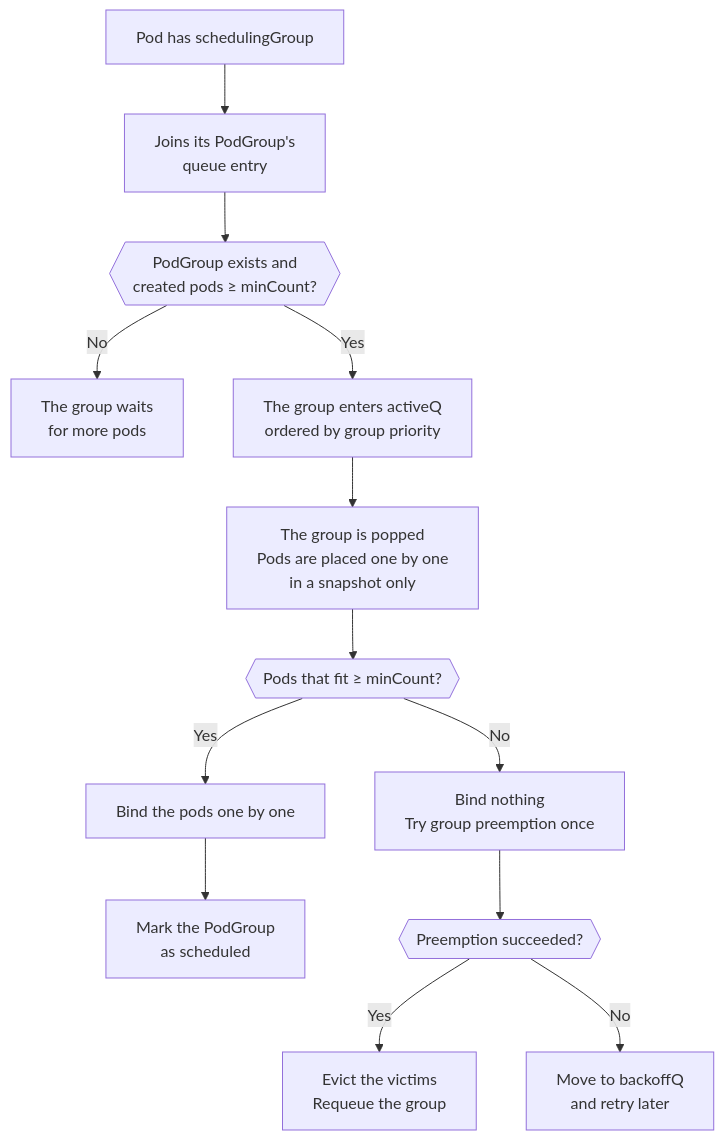
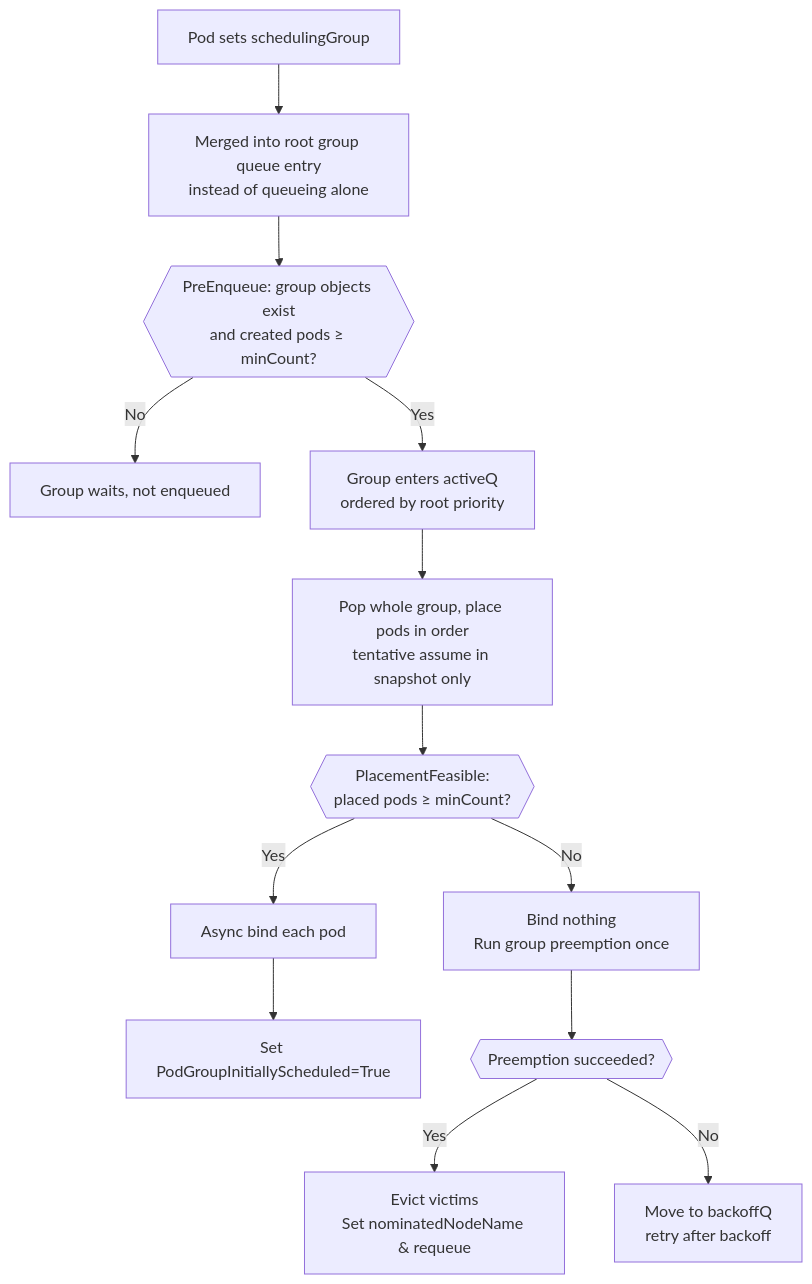
The second of 11 diagrams in docs/research/k8s-workload-aware-scheduling-vs-volcano.md (JesseStutler/volcano), drawn with Mermaid before and after one commit. The commit also changed other lines of this file and 1 other file, not shown here.

````diff
--- a/docs/research/k8s-workload-aware-scheduling-vs-volcano.md
+++ b/docs/research/k8s-workload-aware-scheduling-vs-volcano.md
@@ -135,15 +130,15 @@
 ```mermaid
 flowchart TD
-    A["Pod has schedulingGroup"] --> B["Joins its PodGroup's<br/>queue entry"]
-    B --> C{{"PodGroup exists and<br/>created pods ≥ minCount?"}}
-    C -- No --> D["The group waits<br/>for more pods"]
-    C -- Yes --> E["The group enters activeQ<br/>ordered by group priority"]
-    E --> F["The group is popped<br/>Pods are placed one by one<br/>in a snapshot only"]
-    F --> G{{"Pods that fit ≥ minCount?"}}
-    G -- Yes --> H["Bind the pods one by one"]
-    H --> I["Mark the PodGroup<br/>as scheduled"]
-    G -- No --> J["Bind nothing<br/>Try group preemption once"]
+    A["Pod sets schedulingGroup"] --> B["Merged into root group queue entry<br/>instead of queueing alone"]
+    B --> C{{"PreEnqueue: group objects exist<br/>and created pods ≥ minCount?"}}
+    C -- No --> D["Group waits, not enqueued"]
+    C -- Yes --> E["Group enters activeQ<br/>ordered by root priority"]
+    E --> F["Pop whole group, place pods in order<br/>tentative assume in snapshot only"]
+    F --> G{{"PlacementFeasible:<br/>placed pods ≥ minCount?"}}
+    G -- Yes --> H["Async bind each pod"]
+    H --> I["Set PodGroupInitiallyScheduled=True"]
+    G -- No --> J["Bind nothing<br/>Run group preemption once"]
     J --> K{{"Preemption succeeded?"}}
-    K -- Yes --> L["Evict the victims<br/>Requeue the group"]
-    K -- No --> M["Move to backoffQ<br/>and retry later"]
+    K -- Yes --> L["Evict victims<br/>Set nominatedNodeName & requeue"]
+    K -- No --> M["Move to backoffQ<br/>retry after backoff"]
 ```
````
